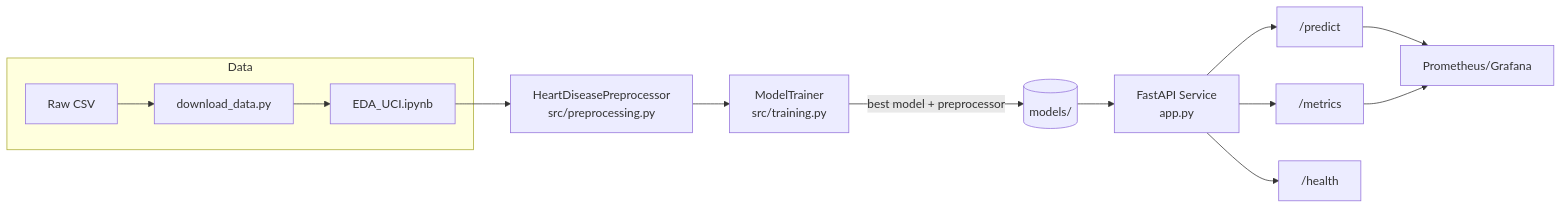
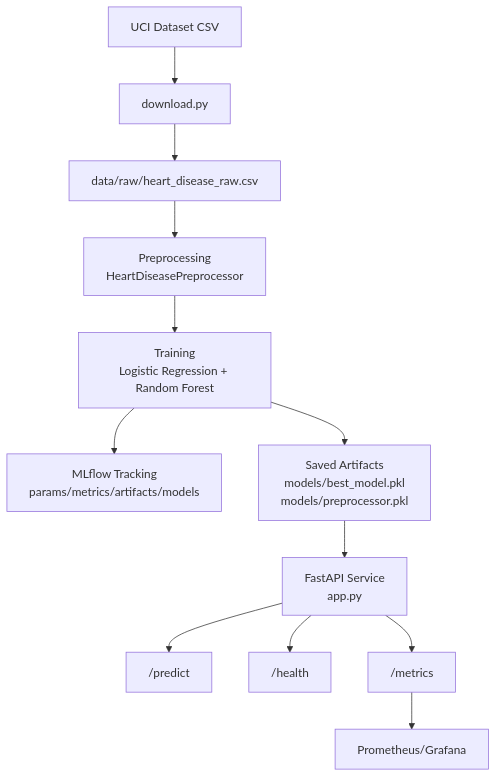
One commit to Sid245439/heart-disease-mlops changed the diagram in REPORT.md. Above: the diagram before and after it, drawn with Mermaid. The commit also changed 9 other files, not shown here.

Commit message:
added architecture

````diff
--- a/REPORT.md
+++ b/REPORT.md
@@ -58,16 +58,14 @@
 ```mermaid
-flowchart LR
-    subgraph Data
-      A[Raw CSV] --> B[download_data.py]
-      B --> C[EDA_UCI.ipynb]
-    end
-    C --> D["HeartDiseasePreprocessor<br/>src/preprocessing.py"]
-    D --> E["ModelTrainer<br/>src/training.py"]
-    E -->|best model + preprocessor| F[(models/)]
-    F --> G["FastAPI Service<br/>app.py"]
-    G --> H["/predict"]
-    G --> I["/metrics"]
-    G --> J["/health"]
-    H --> K["Prometheus/Grafana"]
-    I --> K
+flowchart TD
+  A[UCI Dataset CSV] --> B[download.py]
+  B --> C[data/raw/heart_disease_raw.csv]
+  C --> D[Preprocessing<br/>HeartDiseasePreprocessor]
+  D --> E[Training<br/>Logistic Regression + Random Forest]
+  E --> F[MLflow Tracking<br/>params/metrics/artifacts/models]
+  E --> G[Saved Artifacts<br/>models/best_model.pkl<br/>models/preprocessor.pkl]
+  G --> H[FastAPI Service<br/>app.py]
+  H --> I["/predict"]
+  H --> J["/health"]
+  H --> K["/metrics"]
+  K --> L[Prometheus/Grafana]
 ```
````
